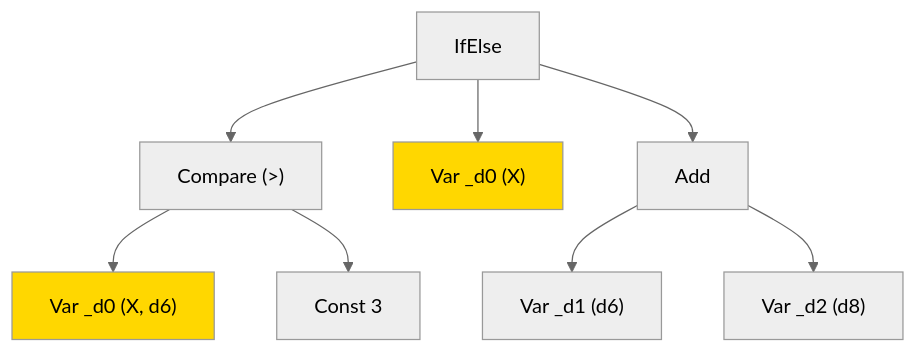
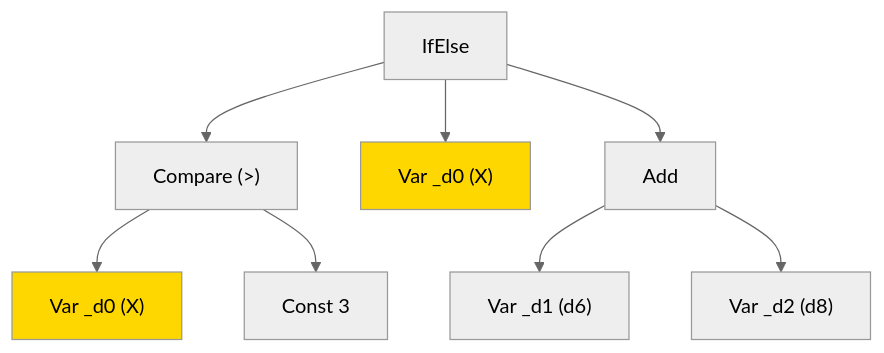
One commit to BertilBraun/Dice-Probabilities changed the fourth of 5 diagrams in README.md. Above: the diagram before and after it, drawn with Mermaid (neutral theme). The commit also changed other lines of this file, not shown here.

````diff
--- a/README.md
+++ b/README.md
@@ -175,13 +165,13 @@
 ```mermaid
 graph TD
     IfElse --> cond["Compare (&gt;)"]
     IfElse --> then_var["Var _d0  (X)"]
     IfElse --> else_add[Add]
-    cond --> d0_cond["Var _d0  (X, d6)"]
+    cond --> d0_cond["Var _d0  (X)"]
     cond --> c3["Const 3"]
     else_add --> d1["Var _d1  (d6)"]
     else_add --> d2["Var _d2  (d8)"]
 
     style then_var fill:#ffd700
     style d0_cond fill:#ffd700
 ```
````
